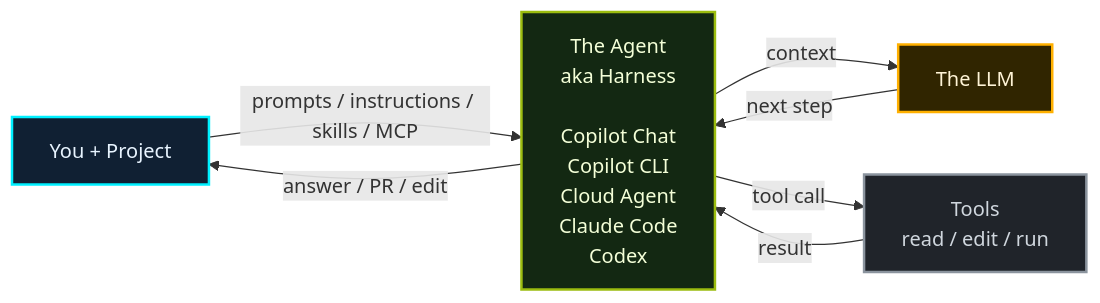
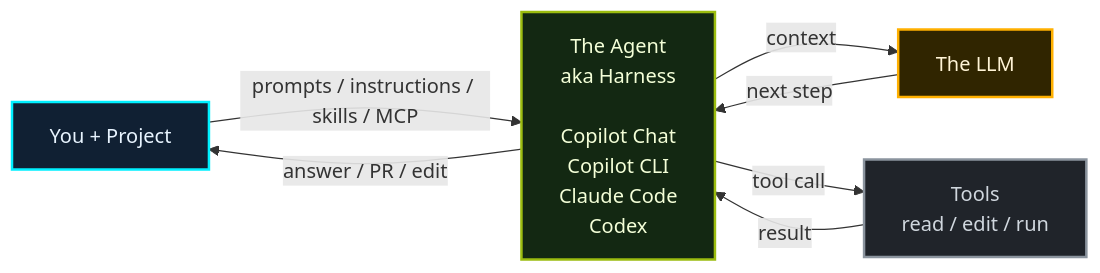
One commit to theomonfort/theomonfort changed the second of 3 diagrams in src/content/playbook/en/harness-engineering.md. Above: the diagram before and after it, drawn with Mermaid. The commit also changed 1 other file, not shown here.

Commit message:
playbook(harness): remove Cloud Agent from the current-era harness box

````diff
--- a/src/content/playbook/en/harness-engineering.md
+++ b/src/content/playbook/en/harness-engineering.md
@@ -78,18 +78,18 @@
 ```mermaid
 flowchart LR
-  Project[You + Project] -->|prompts / instructions / skills / MCP| Agent[The Agent<br/>aka Harness<br/><br/>Copilot Chat<br/>Copilot CLI<br/>Cloud Agent<br/>Claude Code<br/>Codex]
+  Project[You + Project] -->|prompts / instructions / skills / MCP| Agent[The Agent<br/>aka Harness<br/><br/>Copilot Chat<br/>Copilot CLI<br/>Claude Code<br/>Codex]
   Agent -->|answer / PR / edit| Project
   Agent -->|context| LLM[The LLM]
   LLM -->|next step| Agent
   Agent -->|tool call| Tools[Tools<br/>read / edit / run]
   Tools -->|result| Agent
 
   classDef human fill:#102033,stroke:#00f0ff,color:#e8f4ff,stroke-width:2px;
   classDef llm fill:#302500,stroke:#ffb000,color:#fff4d6,stroke-width:2px;
   classDef agent fill:#132812,stroke:#9bbc0f,color:#f4ffd8,stroke-width:2px;
   classDef context fill:#20242a,stroke:#8b949e,color:#d0d7de,stroke-width:2px;
   class Project human;
   class LLM llm;
   class Agent agent;
   class Tools context;
 ```
````
